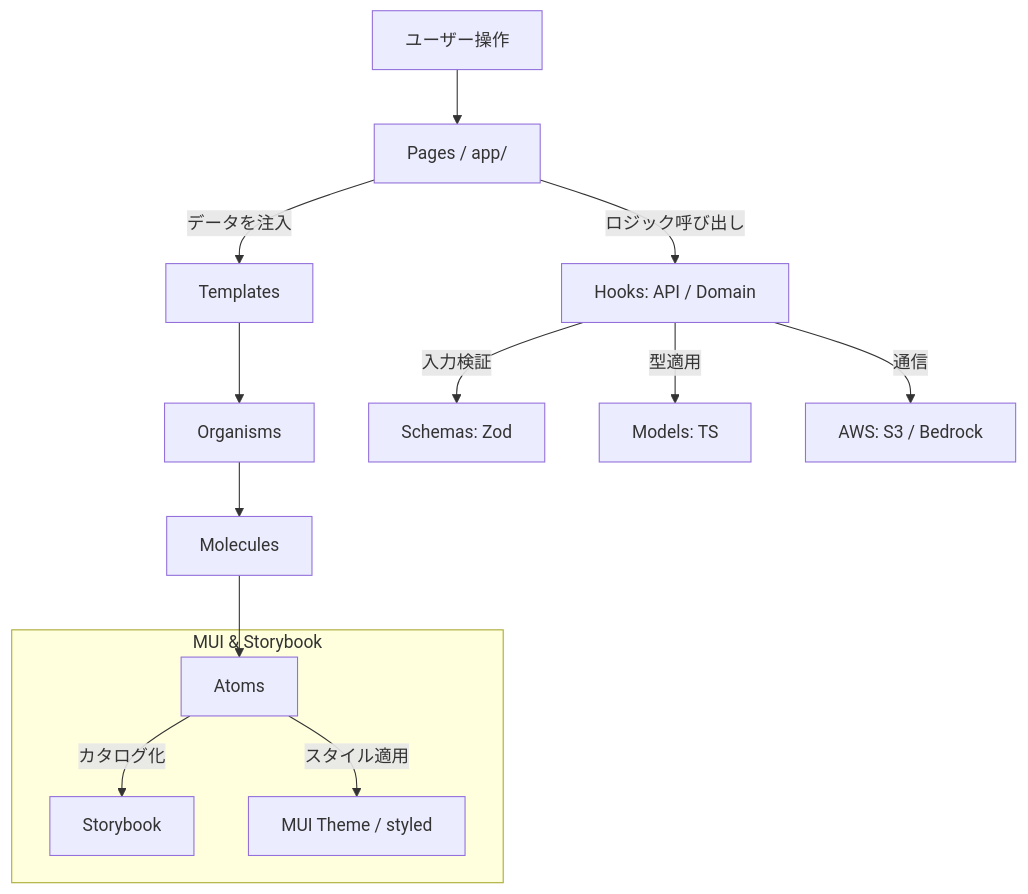
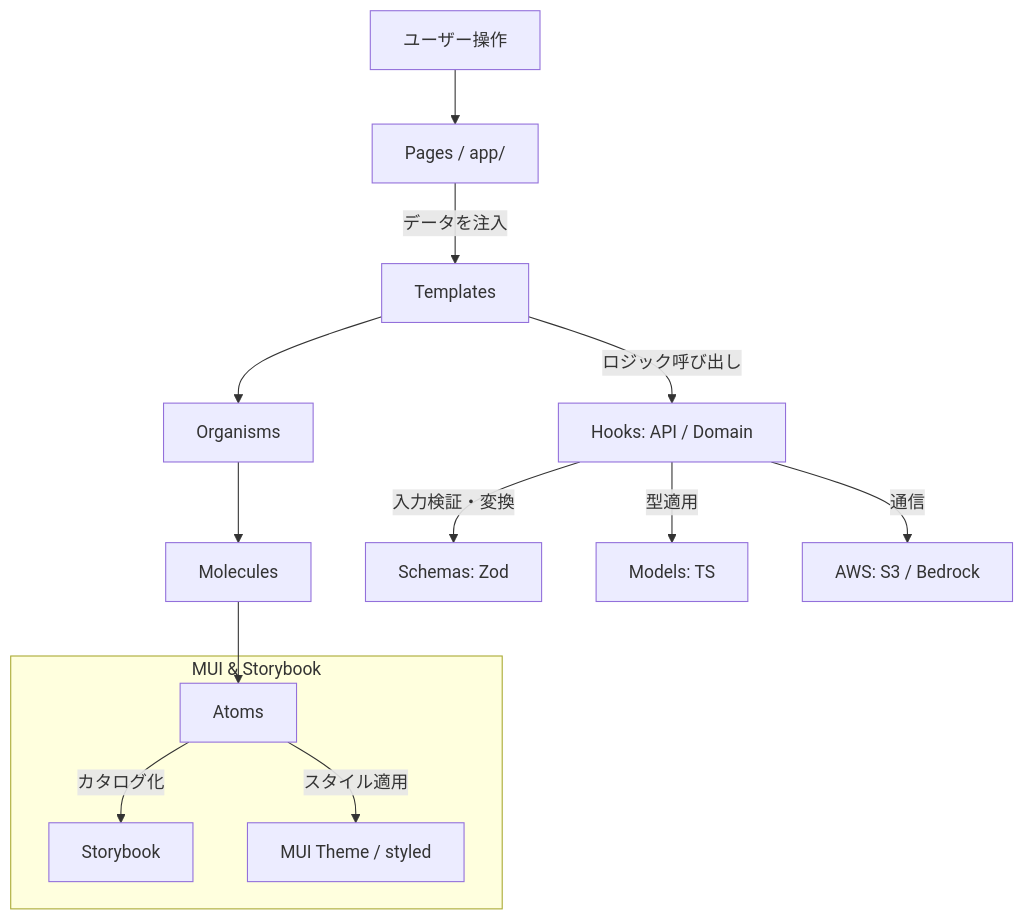
One commit to yonegen0/kakeibo_app changed the diagram in 詳細設計書.md. Above: the diagram before and after it, drawn with Mermaid. The commit also changed other lines of this file, not shown here.

````diff
--- a/詳細設計書.md
+++ b/詳細設計書.md
@@ -91,19 +89,19 @@
 ```mermaid
 graph TD
     UserAction[ユーザー操作] --> Page[Pages / app/]
     
     Page -->|データを注入| Template[Templates]
     Template --> Organism[Organisms]
     Organism --> Molecule[Molecules]
     Molecule --> Atom[Atoms]
 
     subgraph UI_Framework [MUI & Storybook]
         Atom -->|カタログ化| Story[Storybook]
         Atom -->|スタイル適用| MUI[MUI Theme / styled]
     end
 
-    Page -->|ロジック呼び出し| Hook[Hooks: API / Domain]
-    Hook -->|入力検証| Schema[Schemas: Zod]
+    Template -->|ロジック呼び出し| Hook[Hooks: API / Domain]
+    Hook -->|入力検証・変換| Schema[Schemas: Zod]
     Hook -->|型適用| Model[Models: TS]
     Hook -->|通信| Backend[AWS: S3 / Bedrock]
 ```
````
